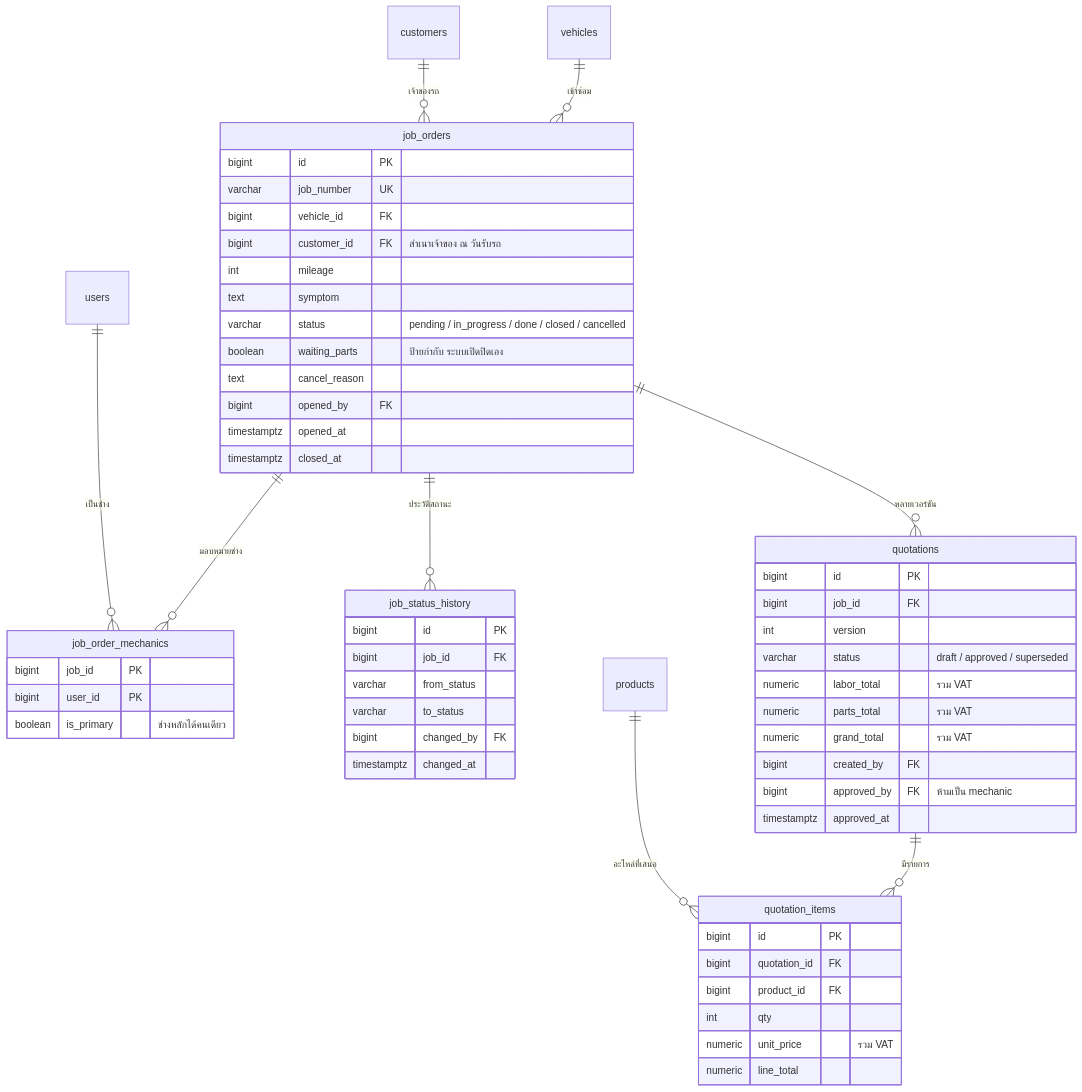
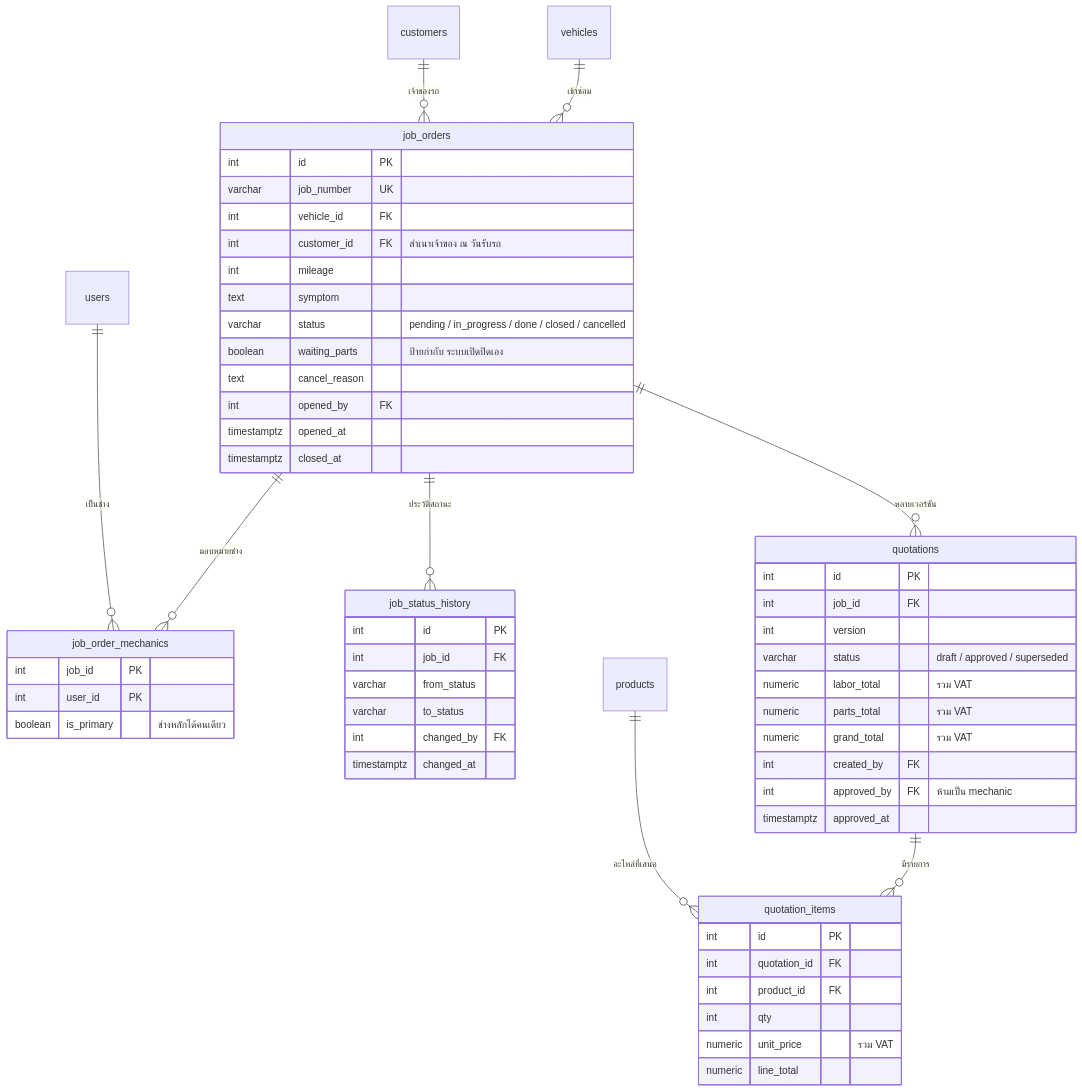
One commit to kaewjamsai0193/Garage_Final_Project changed the sixth of 8 diagrams in data_model.md. Above: the diagram before and after it, drawn with Mermaid. The commit also changed other lines of this file and 3 other files, not shown here.

````diff
--- a/data_model.md
+++ b/data_model.md
@@ -204,63 +204,63 @@
 ```mermaid
 erDiagram
     vehicles ||--o{ job_orders : "เข้าซ่อม"
     customers ||--o{ job_orders : "เจ้าของรถ"
     job_orders ||--o{ job_order_mechanics : "มอบหมายช่าง"
     job_orders ||--o{ job_status_history : "ประวัติสถานะ"
     job_orders ||--o{ quotations : "หลายเวอร์ชัน"
     quotations ||--o{ quotation_items : "มีรายการ"
     users ||--o{ job_order_mechanics : "เป็นช่าง"
     products ||--o{ quotation_items : "อะไหล่ที่เสนอ"
 
     job_orders {
-        bigint id PK
+        int id PK
         varchar job_number UK
-        bigint vehicle_id FK
-        bigint customer_id FK "สำเนาเจ้าของ ณ วันรับรถ"
+        int vehicle_id FK
+        int customer_id FK "สำเนาเจ้าของ ณ วันรับรถ"
         int mileage
         text symptom
         varchar status "pending / in_progress / done / closed / cancelled"
         boolean waiting_parts "ป้ายกำกับ ระบบเปิดปิดเอง"
         text cancel_reason
-        bigint opened_by FK
+        int opened_by FK
         timestamptz opened_at
         timestamptz closed_at
     }
 
     job_order_mechanics {
-        bigint job_id PK
-        bigint user_id PK
+        int job_id PK
+        int user_id PK
         boolean is_primary "ช่างหลักได้คนเดียว"
     }
 
     job_status_history {
-        bigint id PK
-        bigint job_id FK
+        int id PK
+        int job_id FK
         varchar from_status
         varchar to_status
-        bigint changed_by FK
+        int changed_by FK
         timestamptz changed_at
     }
 
     quotations {
-        bigint id PK
-        bigint job_id FK
+        int id PK
+        int job_id FK
         int version
         varchar status "draft / approved / superseded"
         numeric labor_total "รวม VAT"
         numeric parts_total "รวม VAT"
         numeric grand_total "รวม VAT"
-        bigint created_by FK
-        bigint approved_by FK "ห้ามเป็น mechanic"
+        int created_by FK
+        int approved_by FK "ห้ามเป็น mechanic"
         timestamptz approved_at
     }
 
     quotation_items {
-        bigint id PK
-        bigint quotation_id FK
-        bigint product_id FK
+        int id PK
+        int quotation_id FK
+        int product_id FK
         int qty
         numeric unit_price "รวม VAT"
         numeric line_total
     }
 ```
````
